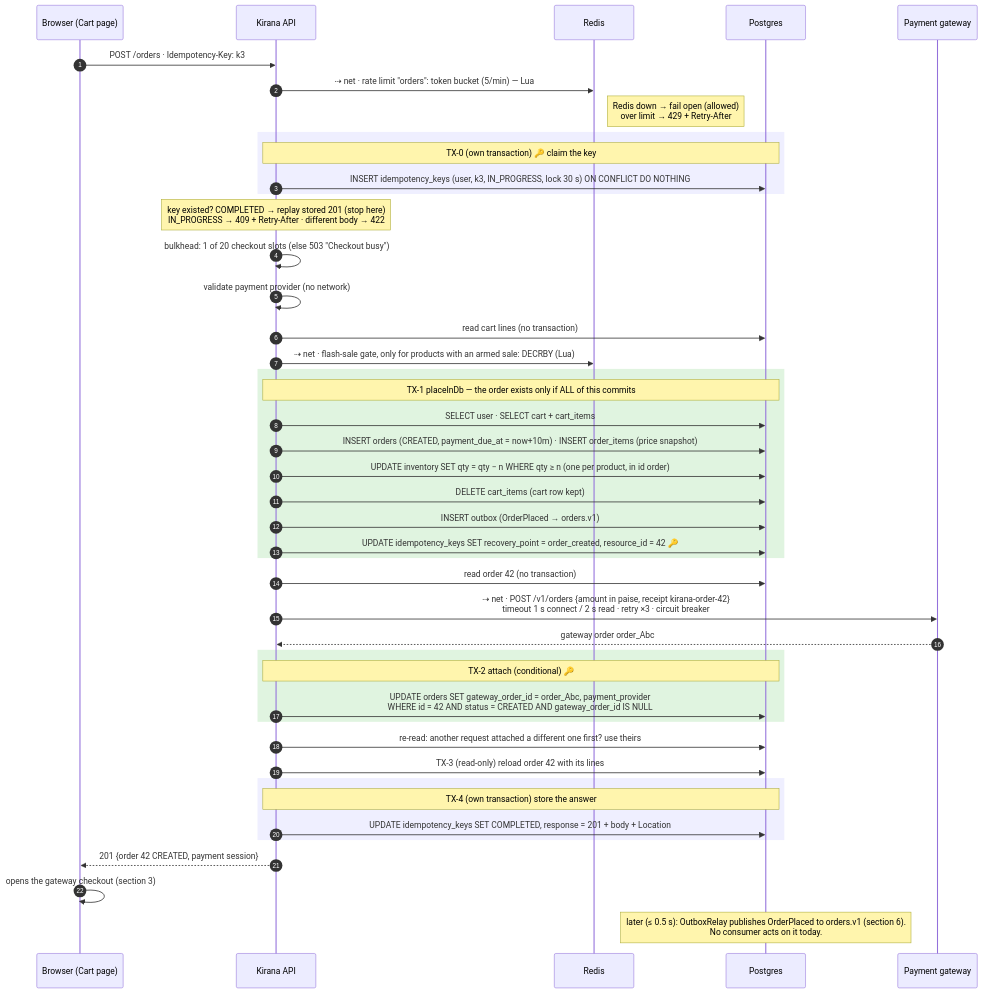
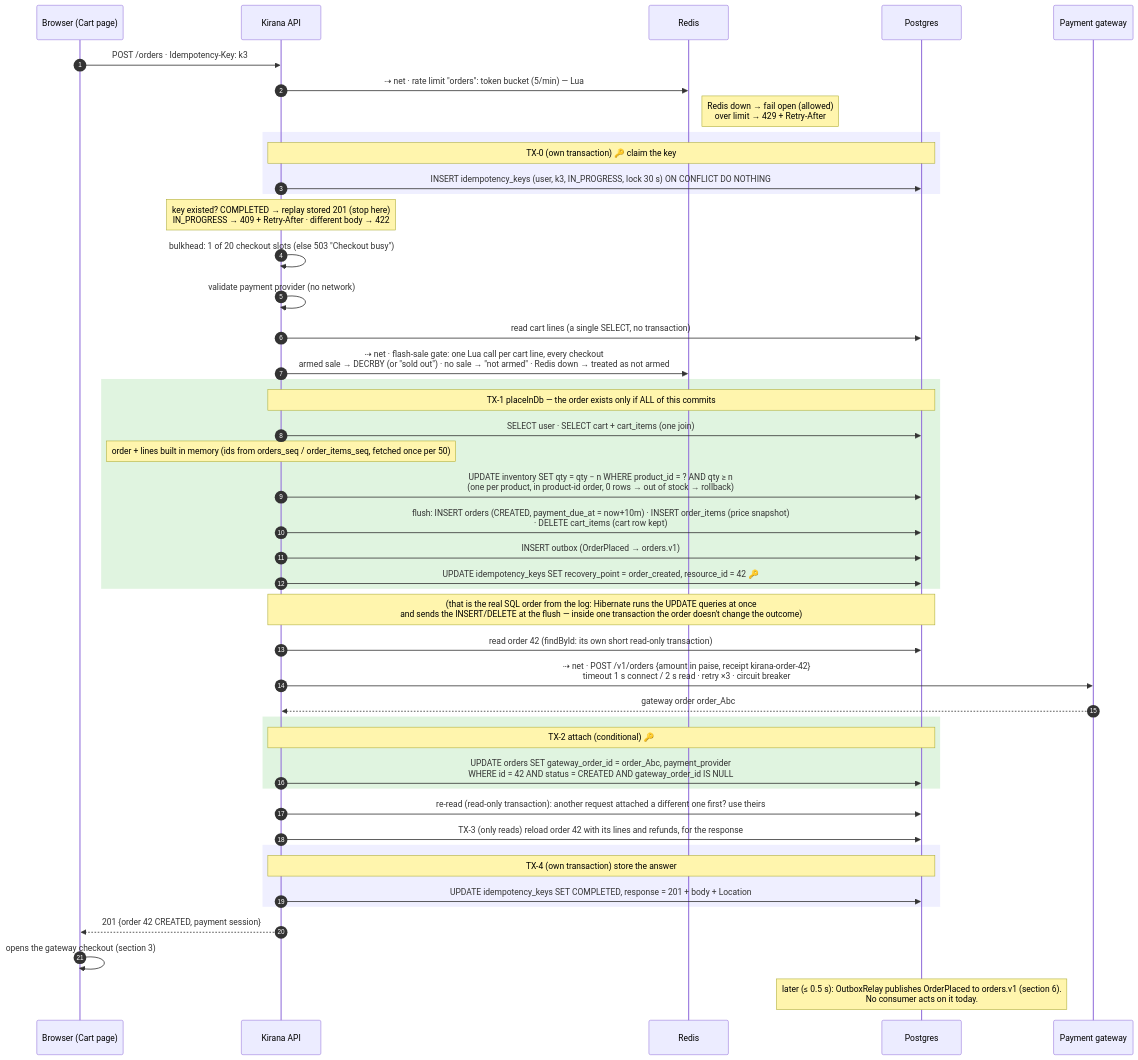
The fourth of 11 diagrams in docs/flows.md (ravikant06/kirana), drawn with Mermaid before and after one commit. The commit also changed other lines of this file and 1 other file, not shown here.

First line of the commit message:
flows.md: corrections from a review against code and a SQL trace

````diff
--- a/docs/flows.md
+++ b/docs/flows.md
@@ -98,47 +98,48 @@
 ```mermaid
 sequenceDiagram
     autonumber
     participant B as Browser (Cart page)
     participant API as Kirana API
     participant R as Redis
     participant PG as Postgres
     participant GW as Payment gateway
 
     B->>API: POST /orders · Idempotency-Key: k3
     API->>R: ⇢ net · rate limit "orders": token bucket (5/min) — Lua
     Note right of R: Redis down → fail open (allowed)<br/>over limit → 429 + Retry-After
     rect rgba(120,120,255,0.12)
     Note over API,PG: TX-0 (own transaction) 🔑 claim the key
     API->>PG: INSERT idempotency_keys (user, k3, IN_PROGRESS, lock 30 s) ON CONFLICT DO NOTHING
     end
     Note over API: key existed? COMPLETED → replay stored 201 (stop here)<br/>IN_PROGRESS → 409 + Retry-After · different body → 422
     API->>API: bulkhead: 1 of 20 checkout slots (else 503 "Checkout busy")
     API->>API: validate payment provider (no network)
-    API->>PG: read cart lines (no transaction)
-    API->>R: ⇢ net · flash-sale gate, only for products with an armed sale: DECRBY (Lua)
+    API->>PG: read cart lines (a single SELECT, no transaction)
+    API->>R: ⇢ net · flash-sale gate: one Lua call per cart line, every checkout<br/>armed sale → DECRBY (or "sold out") · no sale → "not armed" · Redis down → treated as not armed
     rect rgba(0,160,0,0.12)
     Note over API,PG: TX-1 placeInDb — the order exists only if ALL of this commits
-    API->>PG: SELECT user · SELECT cart + cart_items
-    API->>PG: INSERT orders (CREATED, payment_due_at = now+10m) · INSERT order_items (price snapshot)
-    API->>PG: UPDATE inventory SET qty = qty − n WHERE qty ≥ n (one per product, in id order)
-    API->>PG: DELETE cart_items (cart row kept)
+    API->>PG: SELECT user · SELECT cart + cart_items (one join)
+    Note over API: order + lines built in memory (ids from orders_seq / order_items_seq, fetched once per 50)
+    API->>PG: UPDATE inventory SET qty = qty − n WHERE product_id = ? AND qty ≥ n<br/>(one per product, in product-id order, 0 rows → out of stock → rollback)
+    API->>PG: flush: INSERT orders (CREATED, payment_due_at = now+10m) · INSERT order_items (price snapshot)<br/>· DELETE cart_items (cart row kept)
     API->>PG: INSERT outbox (OrderPlaced → orders.v1)
     API->>PG: UPDATE idempotency_keys SET recovery_point = order_created, resource_id = 42 🔑
     end
-    API->>PG: read order 42 (no transaction)
+    Note over API,PG: (that is the real SQL order from the log: Hibernate runs the UPDATE queries at once<br/>and sends the INSERT/DELETE at the flush — inside one transaction the order doesn't change the outcome)
+    API->>PG: read order 42 (findById: its own short read-only transaction)
     API->>GW: ⇢ net · POST /v1/orders {amount in paise, receipt kirana-order-42}<br/>timeout 1 s connect / 2 s read · retry ×3 · circuit breaker
     GW-->>API: gateway order order_Abc
     rect rgba(0,160,0,0.12)
     Note over API,PG: TX-2 attach (conditional) 🔑
     API->>PG: UPDATE orders SET gateway_order_id = order_Abc, payment_provider<br/>WHERE id = 42 AND status = CREATED AND gateway_order_id IS NULL
     end
-    API->>PG: re-read: another request attached a different one first? use theirs
-    API->>PG: TX-3 (read-only) reload order 42 with its lines
+    API->>PG: re-read (read-only transaction): another request attached a different one first? use theirs
+    API->>PG: TX-3 (only reads) reload order 42 with its lines and refunds, for the response
     rect rgba(120,120,255,0.12)
     Note over API,PG: TX-4 (own transaction) store the answer
     API->>PG: UPDATE idempotency_keys SET COMPLETED, response = 201 + body + Location
     end
     API-->>B: 201 {order 42 CREATED, payment session}
     B->>B: opens the gateway checkout (section 3)
     Note over PG: later (≤ 0.5 s): OutboxRelay publishes OrderPlaced to orders.v1 (section 6).<br/>No consumer acts on it today.
 ```
````
